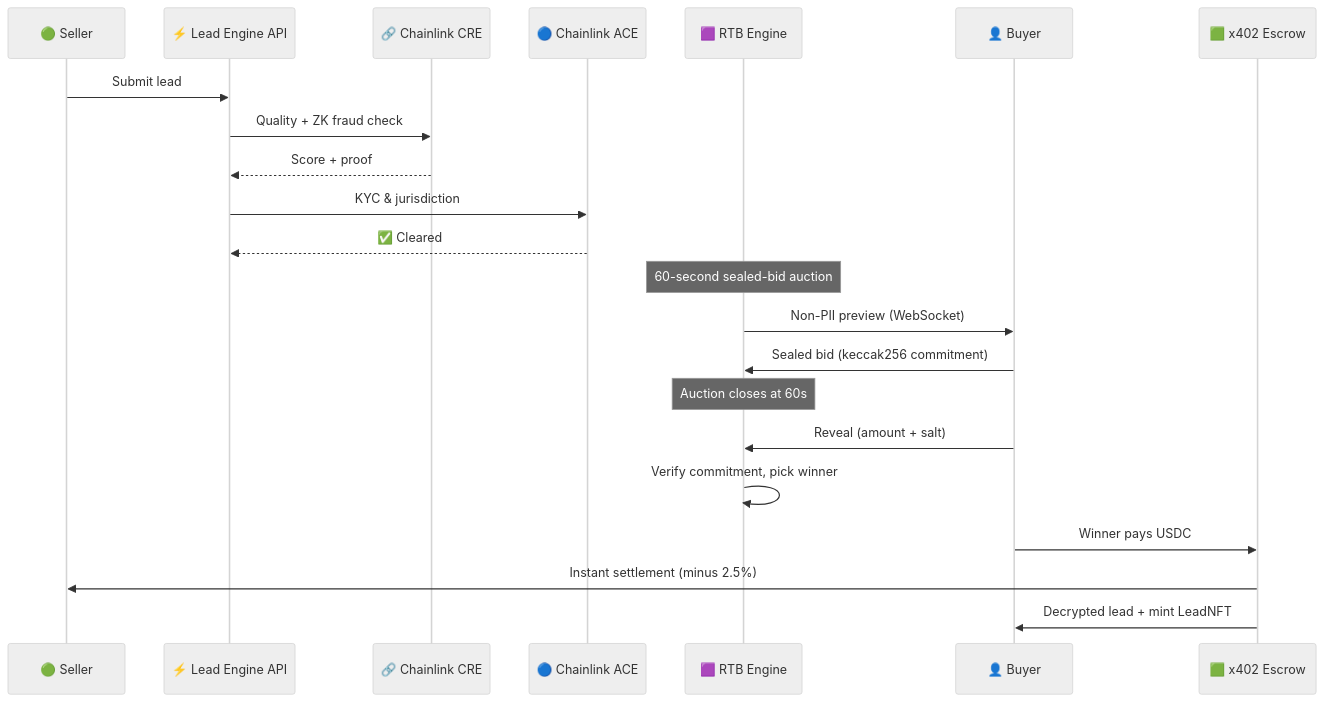
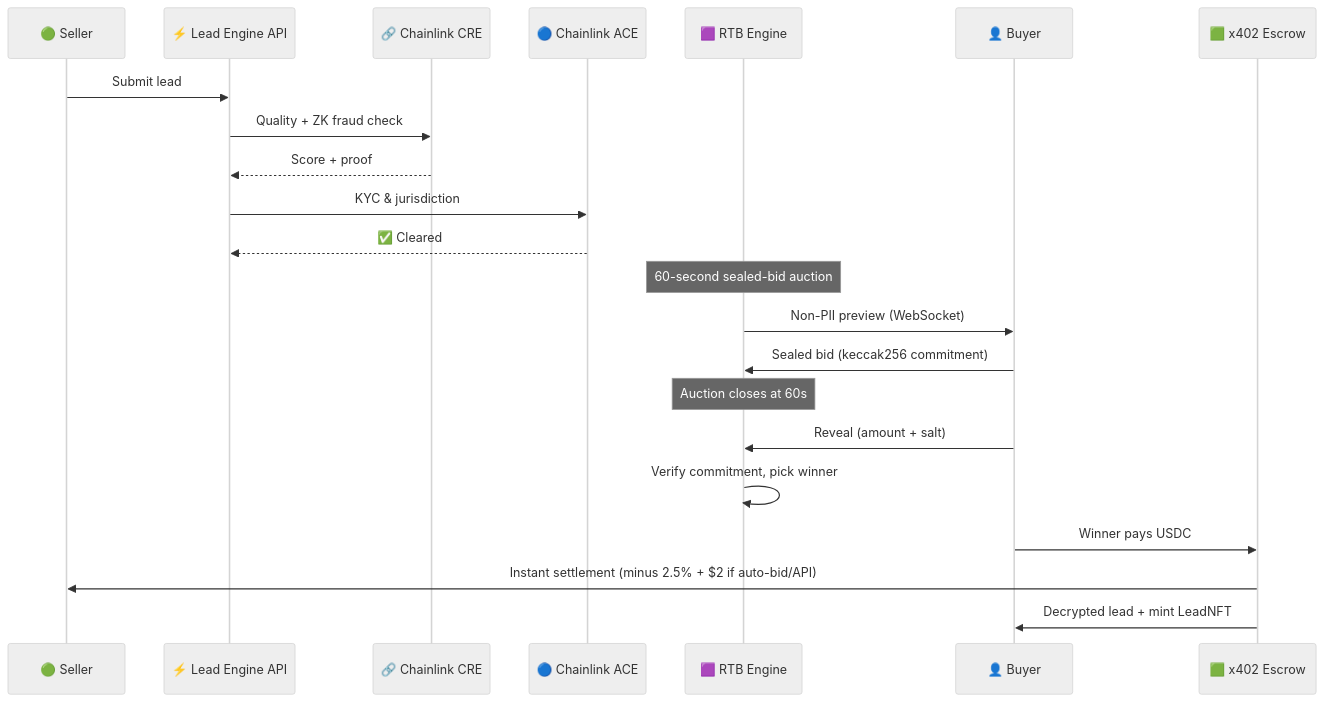
One commit to bnmbnmai/lead-engine-cre changed the diagram in README.md. Above: the diagram before and after it, drawn with Mermaid (neutral theme). The commit also changed other lines of this file and 13 other files, not shown here.

````diff
--- a/README.md
+++ b/README.md
@@ -51,30 +51,30 @@
 ```mermaid
 sequenceDiagram
     participant S as 🟢 Seller
     participant API as ⚡ Lead Engine API
     participant CRE as 🔗 Chainlink CRE
     participant ACE as 🔵 Chainlink ACE
     participant RTB as 🟪 RTB Engine
     participant B as 👤 Buyer
     participant X as 🟩 x402 Escrow
 
     S->>API: Submit lead
     API->>CRE: Quality + ZK fraud check
     CRE-->>API: Score + proof
     API->>ACE: KYC & jurisdiction
     ACE-->>API: ✅ Cleared
 
     Note over RTB: 60-second sealed-bid auction
 
     RTB->>B: Non-PII preview (WebSocket)
     B->>RTB: Sealed bid (keccak256 commitment)
 
     Note over RTB: Auction closes at 60s
 
     B->>RTB: Reveal (amount + salt)
     RTB->>RTB: Verify commitment, pick winner
 
     B->>X: Winner pays USDC
-    X->>S: Instant settlement (minus 2.5%)
+    X->>S: Instant settlement (minus 2.5% + $2 if auto-bid/API)
     X->>B: Decrypted lead + mint LeadNFT
 ```
````
